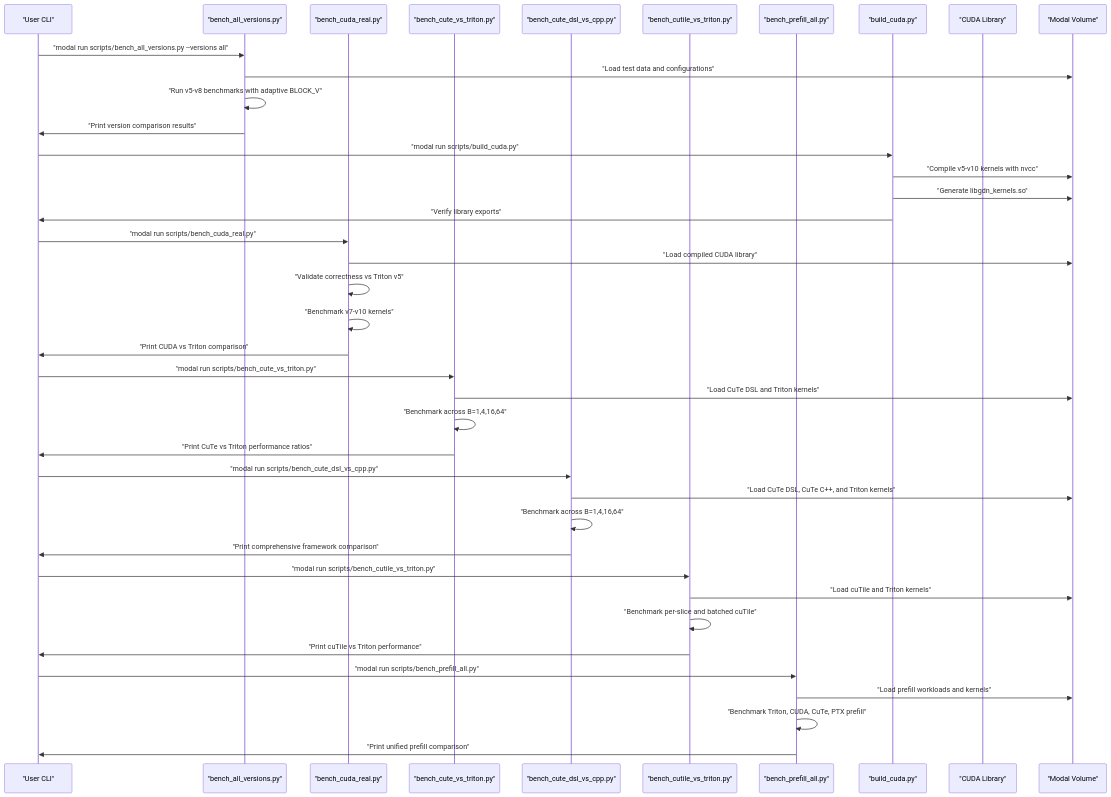
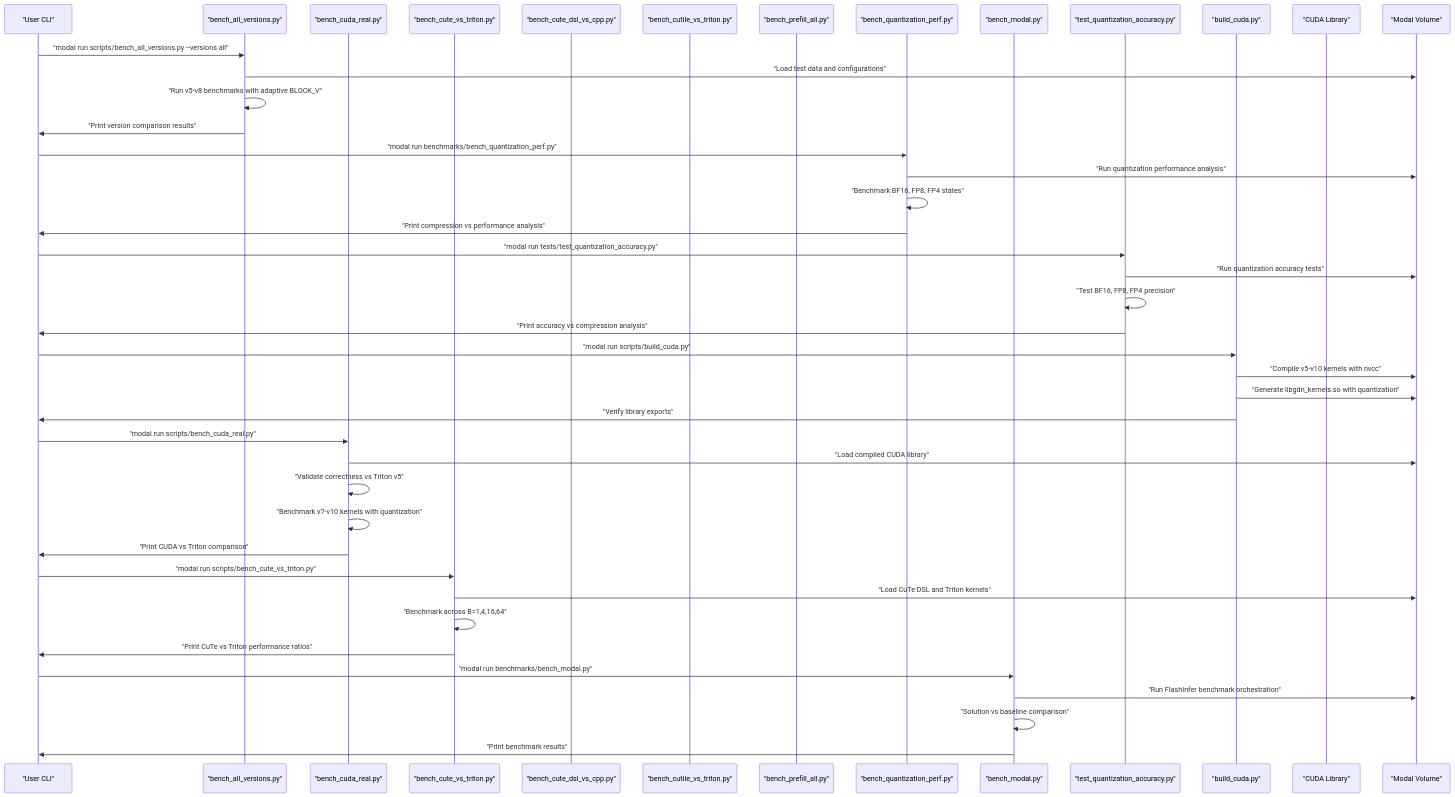
One commit to gugudeshubao/flashinfer-bench-tma-thrust changed the second of 3 diagrams in .qoder/repowiki/en/content/Benchmarking Framework/Benchmarking Framework.md. Above: the diagram before and after it, drawn with Mermaid. The commit also changed other lines of this file and 5 other files, not shown here.

First line of the commit message:
Add TMA primitives to PTX prefill kernel

````diff
--- a/.qoder/repowiki/en/content/Benchmarking Framework/Benchmarking Framework.md
+++ b/.qoder/repowiki/en/content/Benchmarking Framework/Benchmarking Framework.md
@@ -214,42 +252,45 @@
 ```mermaid
 sequenceDiagram
 participant CLI as "User CLI"
 participant BAV as "bench_all_versions.py"
 participant BCR as "bench_cuda_real.py"
 participant BCT as "bench_cute_vs_triton.py"
 participant BCD as "bench_cute_dsl_vs_cpp.py"
 participant BCL as "bench_cutile_vs_triton.py"
 participant BPA as "bench_prefill_all.py"
+participant BQP as "bench_quantization_perf.py"
+participant BM as "bench_modal.py"
+participant TQA as "test_quantization_accuracy.py"
 participant BC as "build_cuda.py"
 participant CUDA as "CUDA Library"
 participant FS as "Modal Volume"
 CLI->>BAV : "modal run scripts/bench_all_versions.py --versions all"
 BAV->>FS : "Load test data and configurations"
 BAV->>BAV : "Run v5-v8 benchmarks with adaptive BLOCK_V"
 BAV->>CLI : "Print version comparison results"
+CLI->>BQP : "modal run benchmarks/bench_quantization_perf.py"
+BQP->>FS : "Run quantization performance analysis"
+BQP->>BQP : "Benchmark BF16, FP8, FP4 states"
+BQP->>CLI : "Print compression vs performance analysis"
+CLI->>TQA : "modal run tests/test_quantization_accuracy.py"
+TQA->>FS : "Run quantization accuracy tests"
+TQA->>TQA : "Test BF16, FP8, FP4 precision"
+TQA->>CLI : "Print accuracy vs compression analysis"
 CLI->>BC : "modal run scripts/build_cuda.py"
 BC->>FS : "Compile v5-v10 kernels with nvcc"
-BC->>FS : "Generate libgdn_kernels.so"
+BC->>FS : "Generate libgdn_kernels.so with quantization"
 BC->>CLI : "Verify library exports"
 CLI->>BCR : "modal run scripts/bench_cuda_real.py"
 BCR->>FS : "Load compiled CUDA library"
 BCR->>BCR : "Validate correctness vs Triton v5"
-BCR->>BCR : "Benchmark v7-v10 kernels"
+BCR->>BCR : "Benchmark v7-v10 kernels with quantization"
 BCR->>CLI : "Print CUDA vs Triton comparison"
 CLI->>BCT : "modal run scripts/bench_cute_vs_triton.py"
 BCT->>FS : "Load CuTe DSL and Triton kernels"
 BCT->>BCT : "Benchmark across B=1,4,16,64"
 BCT->>CLI : "Print CuTe vs Triton performance ratios"
-CLI->>BCD : "modal run scripts/bench_cute_dsl_vs_cpp.py"
-BCD->>FS : "Load CuTe DSL, CuTe C++, and Triton kernels"
-BCD->>BCD : "Benchmark across B=1,4,16,64"
-BCD->>CLI : "Print comprehensive framework comparison"
-CLI->>BCL : "modal run scripts/bench_cutile_vs_triton.py"
-BCL->>FS : "Load cuTile and Triton kernels"
-BCL->>BCL : "Benchmark per-slice and batched cuTile"
-BCL->>CLI : "Print cuTile vs Triton performance"
-CLI->>BPA : "modal run scripts/bench_prefill_all.py"
-BPA->>FS : "Load prefill workloads and kernels"
-BPA->>BPA : "Benchmark Triton, CUDA, CuTe, PTX prefill"
-BPA->>CLI : "Print unified prefill comparison"
+CLI->>BM : "modal run benchmarks/bench_modal.py"
+BM->>FS : "Run FlashInfer benchmark orchestration"
+BM->>BM : "Solution vs baseline comparison"
+BM->>CLI : "Print benchmark results"
 ```
````
